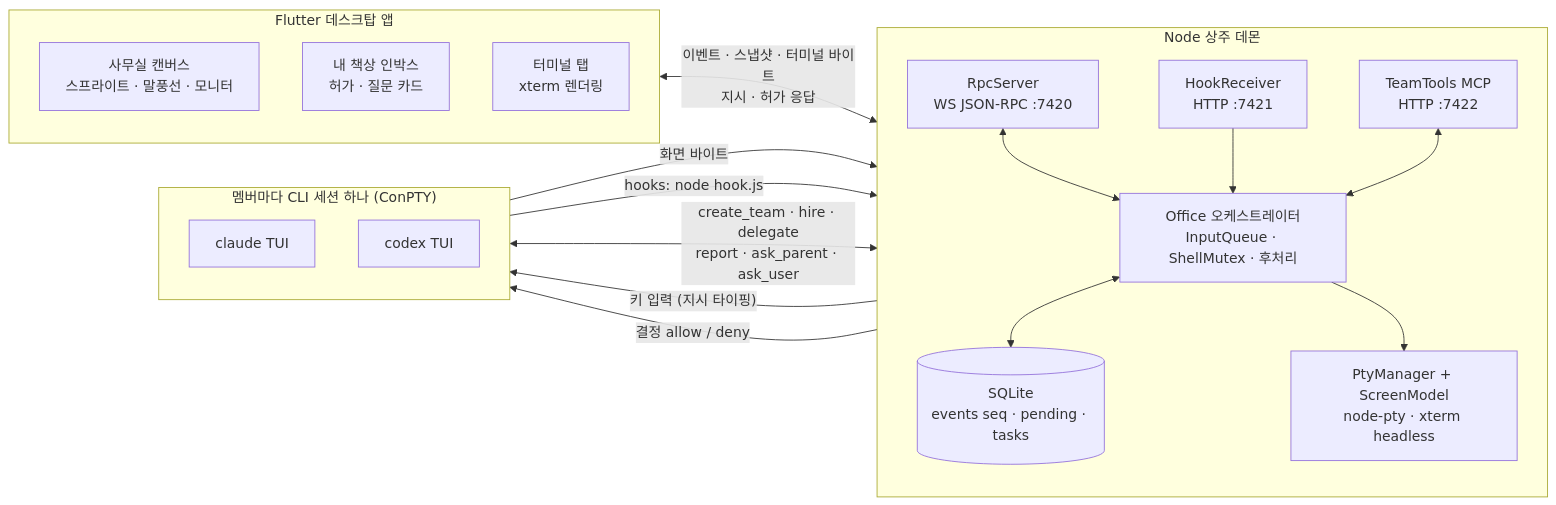
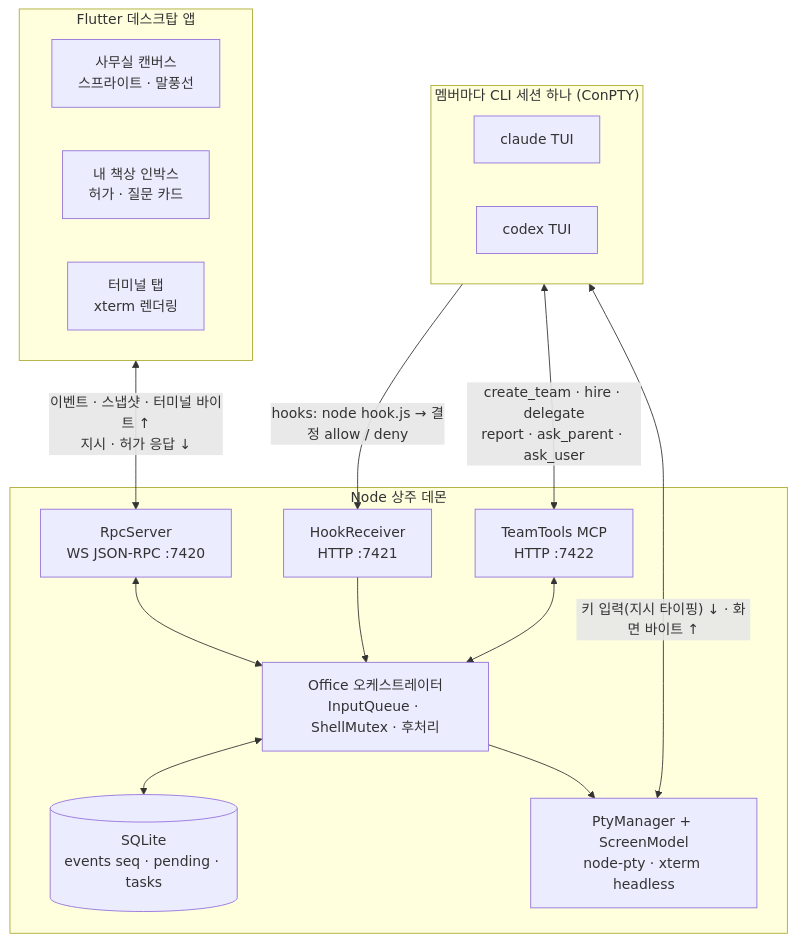
Before and after one commit to MaoEmong/pixel-office: the first of 6 diagrams in README.md, drawn with Mermaid.

Commit message:
Lay out the architecture diagram top to bottom

````diff
--- a/README.md
+++ b/README.md
@@ -64,37 +64,32 @@
 ```mermaid
-flowchart LR
+flowchart TB
   subgraph APP["Flutter 데스크탑 앱"]
-    direction TB
-    OFFICE["사무실 캔버스<br/>스프라이트 · 말풍선 · 모니터"]
+    OFFICE["사무실 캔버스<br/>스프라이트 · 말풍선"]
     INBOX["내 책상 인박스<br/>허가 · 질문 카드"]
     TERM["터미널 탭<br/>xterm 렌더링"]
   end
 
   subgraph DAEMON["Node 상주 데몬"]
-    direction TB
     RPC["RpcServer<br/>WS JSON-RPC :7420"]
     CORE["Office 오케스트레이터<br/>InputQueue · ShellMutex · 후처리"]
     STORE[("SQLite<br/>events seq · pending · tasks")]
-    PTY["PtyManager + ScreenModel<br/>node-pty · xterm headless"]
     HOOK["HookReceiver<br/>HTTP :7421"]
     MCP["TeamTools MCP<br/>HTTP :7422"]
+    PTY["PtyManager + ScreenModel<br/>node-pty · xterm headless"]
+    RPC <--> CORE
+    CORE <--> STORE
+    HOOK --> CORE
+    MCP <--> CORE
+    CORE --> PTY
   end
 
   subgraph CLI["멤버마다 CLI 세션 하나 (ConPTY)"]
-    direction TB
     CLAUDE["claude TUI"]
     CODEX["codex TUI"]
   end
 
-  APP <-->|"이벤트 · 스냅샷 · 터미널 바이트<br/>지시 · 허가 응답"| RPC
-  RPC <--> CORE
-  CORE <--> STORE
-  CORE --> PTY
-  PTY -->|"키 입력 (지시 타이핑)"| CLI
-  CLI -->|"화면 바이트"| PTY
-  CLI -->|"hooks: node hook.js"| HOOK
-  HOOK -->|"결정 allow / deny"| CLI
-  HOOK --> CORE
+  APP <-->|"이벤트 · 스냅샷 · 터미널 바이트 ↑<br/>지시 · 허가 응답 ↓"| RPC
+  PTY <-->|"키 입력(지시 타이핑) ↓ · 화면 바이트 ↑"| CLI
+  CLI -->|"hooks: node hook.js → 결정 allow / deny"| HOOK
   CLI <-->|"create_team · hire · delegate<br/>report · ask_parent · ask_user"| MCP
-  MCP <--> CORE
 ```
````
